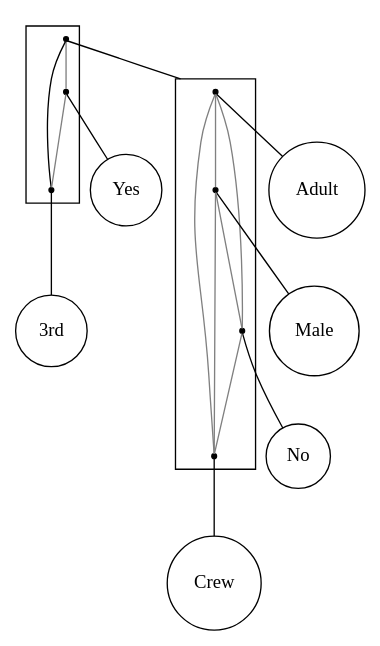
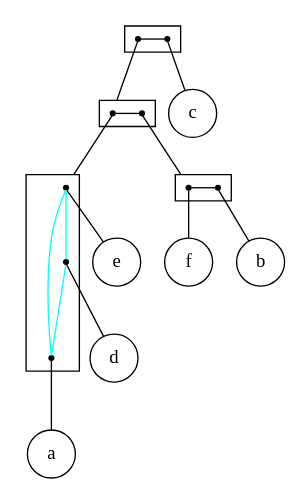
One commit to lrodrin/TFG changed the diagram in src/final/linear_2-structure.dot. Above: the diagram before and after it, drawn with Graphviz. The commit also changed 8 other files, not shown here.

```diff
--- a/src/final/linear_2-structure.dot
+++ b/src/final/linear_2-structure.dot
@@ -1,37 +1,47 @@
 strict digraph "linear_2-structure" {
 compound=true;
 fontname=Verdana;
 fontsize=12;
 newrank=true;
 node [shape=circle];
-Yes;
-"3rd";
-Adult;
-Male;
-No;
-Crew;
-subgraph cluster_MaleAdultYesNo3rdCrew {
+c;
+e;
+d;
+a;
+f;
+b;
+subgraph cluster_fdcbea {
+rank=same;
 node [shape=point];
-s_MaleCrewNoAdult -> s_Yes  [arrowhead=none, color=grey];
-s_MaleCrewNoAdult -> s_3rd  [arrowhead=none, color=black];
-s_Yes -> s_3rd  [arrowhead=none, color=grey];
+s_fdbea -> s_c  [arrowhead=none, color=black];
 }
 
-subgraph cluster_MaleCrewNoAdult {
+subgraph cluster_fdbea {
+rank=same;
 node [shape=point];
-s_Adult -> s_Male  [arrowhead=none, color=grey];
-s_Adult -> s_No  [arrowhead=none, color=grey];
-s_Adult -> s_Crew  [arrowhead=none, color=grey];
-s_Male -> s_No  [arrowhead=none, color=grey];
-s_Male -> s_Crew  [arrowhead=none, color=grey];
-s_No -> s_Crew  [arrowhead=none, color=grey];
+s_eda -> s_bf  [arrowhead=none, color=black];
 }
 
-s_MaleCrewNoAdult -> s_Adult  [arrowhead=none, lhead=cluster_MaleCrewNoAdult];
-s_Yes -> Yes  [arrowhead=none];
-s_3rd -> "3rd"  [arrowhead=none];
-s_Adult -> Adult  [arrowhead=none];
-s_Male -> Male  [arrowhead=none];
-s_No -> No  [arrowhead=none];
-s_Crew -> Crew  [arrowhead=none];
+subgraph cluster_eda {
+node [shape=point];
+s_e -> s_d  [arrowhead=none, color=cyan];
+s_e -> s_a  [arrowhead=none, color=cyan];
+s_d -> s_a  [arrowhead=none, color=cyan];
 }
+
+subgraph cluster_bf {
+rank=same;
+node [shape=point];
+s_f -> s_b  [arrowhead=none, color=black];
+}
+
+s_fdbea -> s_eda  [arrowhead=none, lhead=cluster_fdbea];
+s_c -> c  [arrowhead=none];
+s_eda -> s_e  [arrowhead=none, lhead=cluster_eda];
+s_bf -> s_f  [arrowhead=none, lhead=cluster_bf];
+s_e -> e  [arrowhead=none];
+s_d -> d  [arrowhead=none];
+s_a -> a  [arrowhead=none];
+s_f -> f  [arrowhead=none];
+s_b -> b  [arrowhead=none];
+}
```
